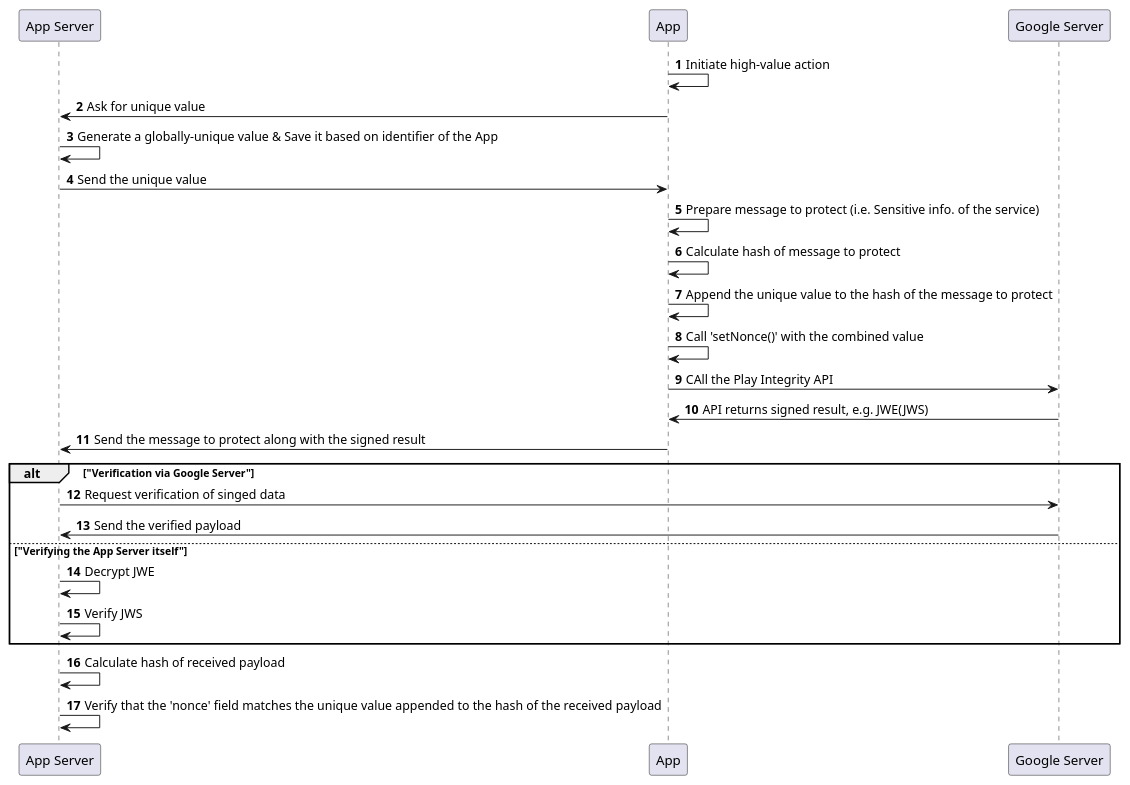
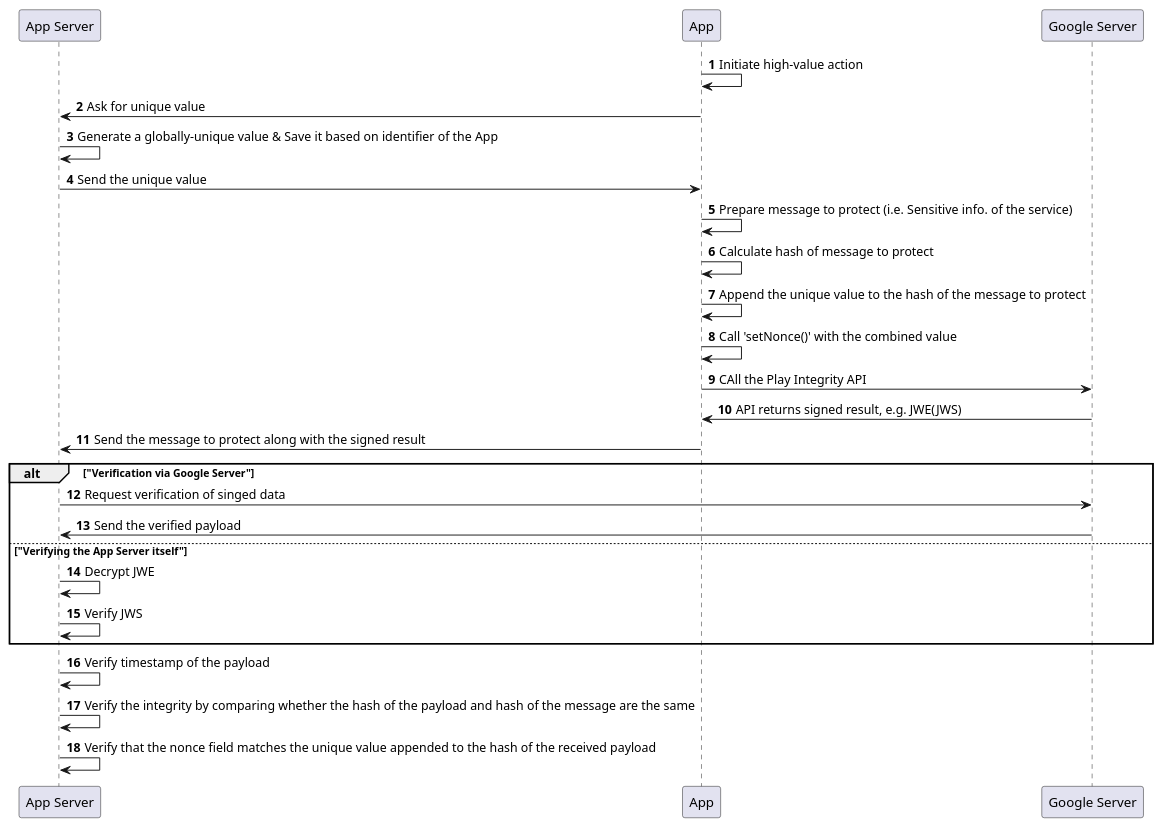
Before and after one commit to leesangmin144/play-integrity-api-sample: the diagram in ThreatsAndPractices/sequence1.puml, drawn with PlantUML. The commit also changed 2 other files, not shown here.

```diff
--- a/ThreatsAndPractices/sequence1.puml
+++ b/ThreatsAndPractices/sequence1.puml
@@ -1,31 +1,32 @@
 @startuml
 autonumber
 
 participant     "App Server"    as server
 participant     "App"           as app
 participant     "Google Server" as google
 
 app -> app: Initiate high-value action
 app -> server: Ask for unique value
 server -> server: Generate a globally-unique value & Save it based on identifier of the App
 server -> app: Send the unique value
 app -> app: Prepare message to protect (i.e. Sensitive info. of the service)
 app -> app: Calculate hash of message to protect
 app -> app: Append the unique value to the hash of the message to protect
 app -> app: Call 'setNonce()' with the combined value
 app -> google: CAll the Play Integrity API
 google -> app: API returns signed result, e.g. JWE(JWS)
 app -> server: Send the message to protect along with the signed result
 
 alt "Verification via Google Server"
     server -> google: Request verification of singed data
     google -> server: Send the verified payload
 else "Verifying the App Server itself"
     server -> server: Decrypt JWE
     server -> server: Verify JWS
 end
 
-server -> server: Calculate hash of received payload
-server -> server: Verify that the 'nonce' field matches the unique value appended to the hash of the received payload
+server -> server: Verify timestamp of the payload
+server -> server: Verify the integrity by comparing whether the hash of the payload and hash of the message are the same
+server -> server: Verify that the nonce field matches the unique value appended to the hash of the received payload
 
 @enduml
```
